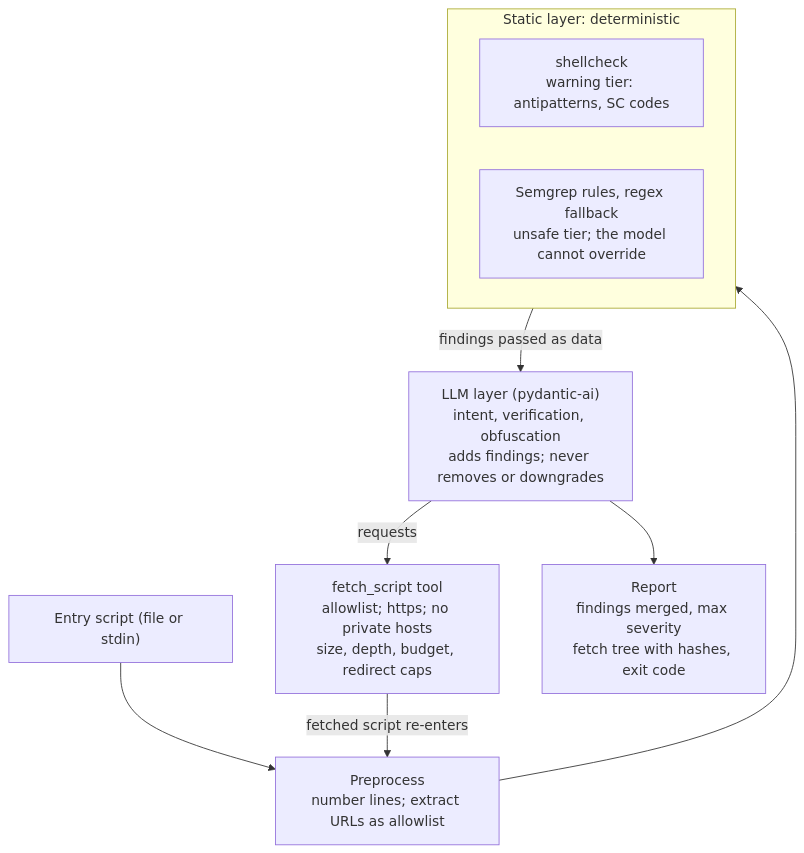
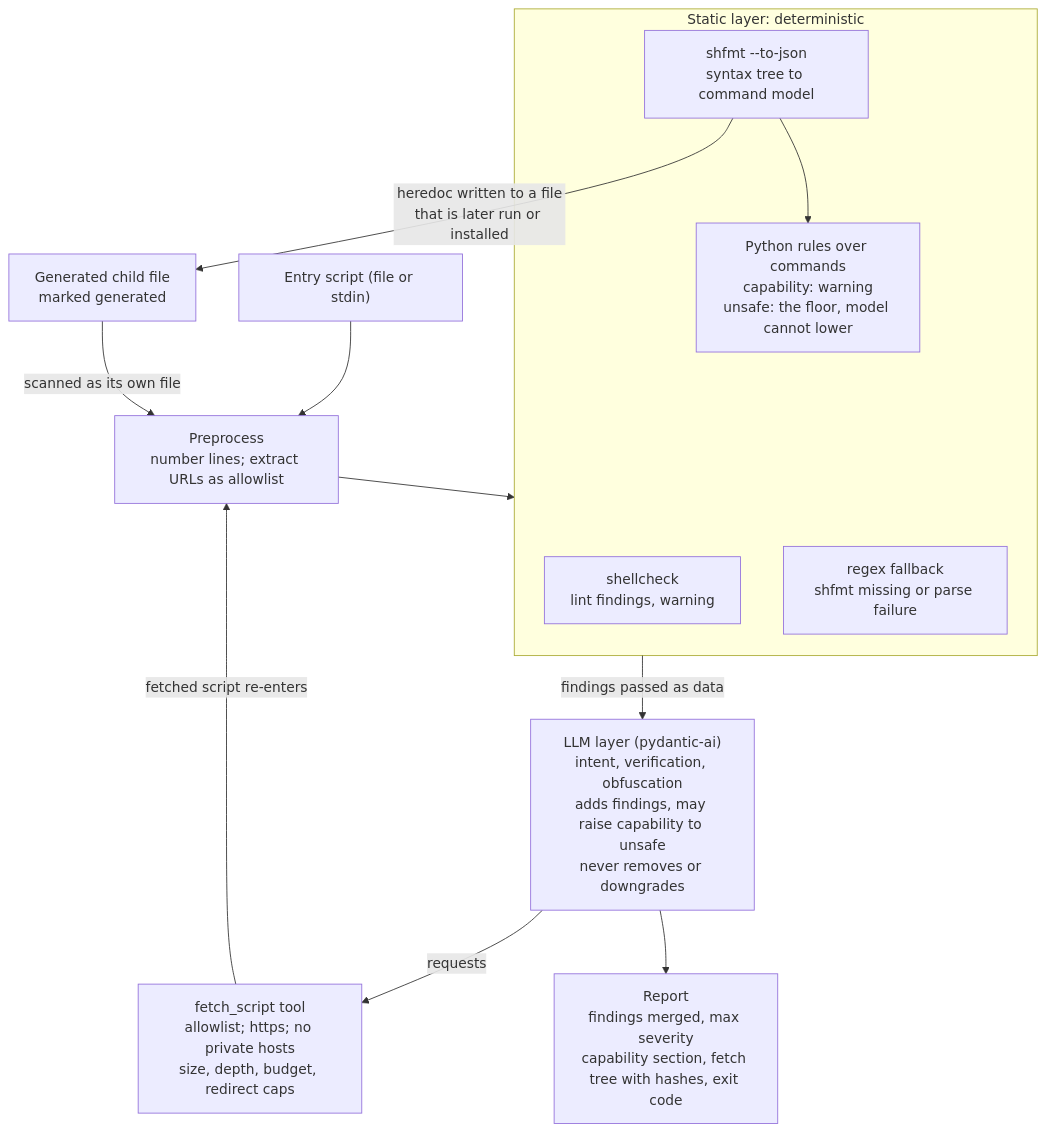
The diagram in docs/spec.md (nkassis/chkscript), drawn with Mermaid before and after one commit. The commit also changed other lines of this file, not shown here.

First line of the commit message:
docs: specify shfmt syntax-tree engine and capability findings

````diff
--- a/docs/spec.md
+++ b/docs/spec.md
@@ -47,13 +49,18 @@
 ```mermaid
 flowchart TD
     entry["Entry script (file or stdin)"] --> pre["Preprocess<br/>number lines; extract URLs as allowlist"]
     pre --> static
     subgraph static["Static layer: deterministic"]
-        sc["shellcheck<br/>warning tier: antipatterns, SC codes"]
-        sg["Semgrep rules, regex fallback<br/>unsafe tier; the model cannot override"]
+        sc["shellcheck<br/>lint findings, warning"]
+        sf["shfmt --to-json<br/>syntax tree to command model"]
+        rules["Python rules over commands<br/>capability: warning<br/>unsafe: the floor, model cannot lower"]
+        rx["regex fallback<br/>shfmt missing or parse failure"]
+        sf --> rules
     end
-    static -- "findings passed as data" --> llm["LLM layer (pydantic-ai)<br/>intent, verification, obfuscation<br/>adds findings; never removes or downgrades"]
+    sf -- "heredoc written to a file<br/>that is later run or installed" --> gen["Generated child file<br/>marked generated"]
+    gen -- "scanned as its own file" --> pre
+    static -- "findings passed as data" --> llm["LLM layer (pydantic-ai)<br/>intent, verification, obfuscation<br/>adds findings, may raise capability to unsafe<br/>never removes or downgrades"]
     llm -- requests --> fetch["fetch_script tool<br/>allowlist; https; no private hosts<br/>size, depth, budget, redirect caps"]
     fetch -- "fetched script re-enters" --> pre
-    llm --> report["Report<br/>findings merged, max severity<br/>fetch tree with hashes, exit code"]
+    llm --> report["Report<br/>findings merged, max severity<br/>capability section, fetch tree with hashes, exit code"]
 ```
````
